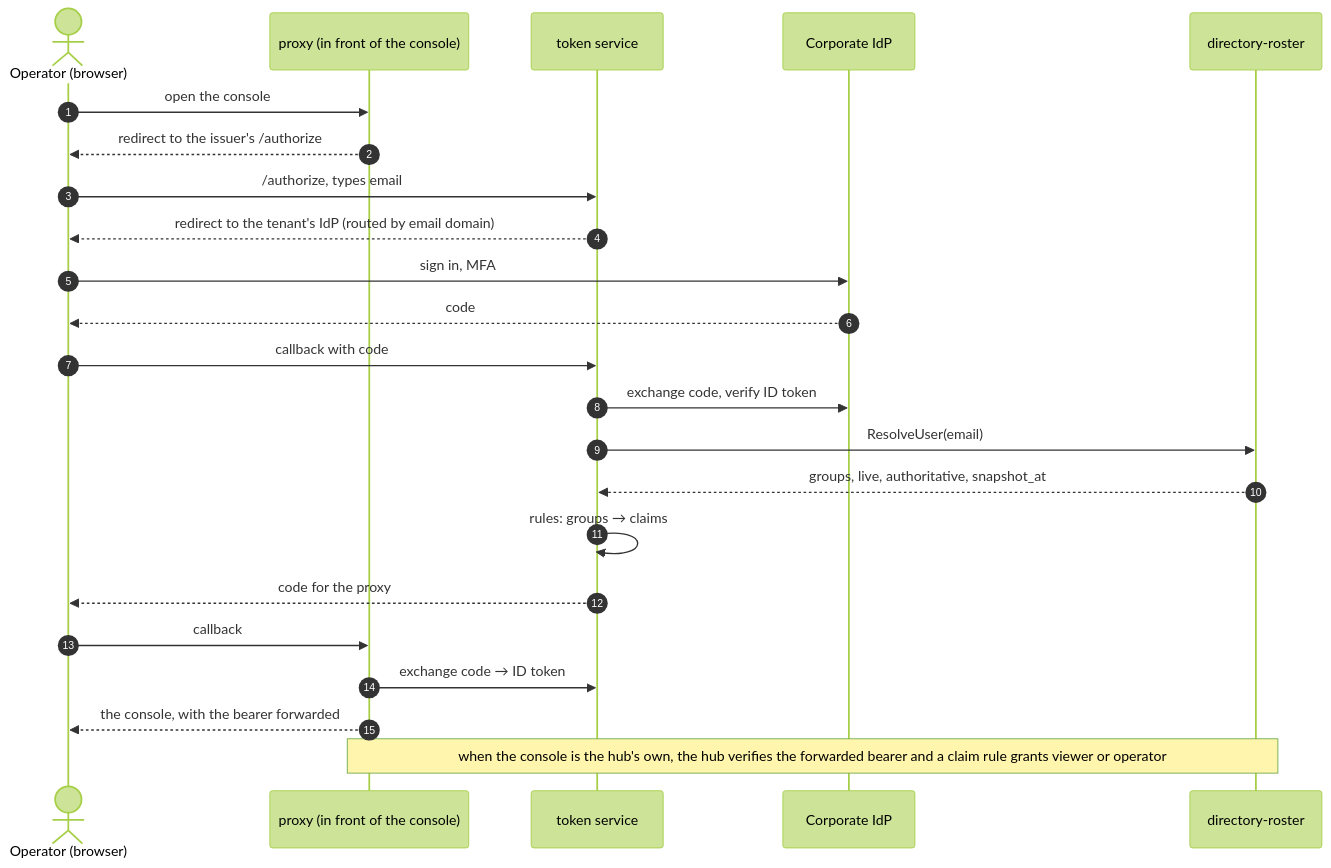
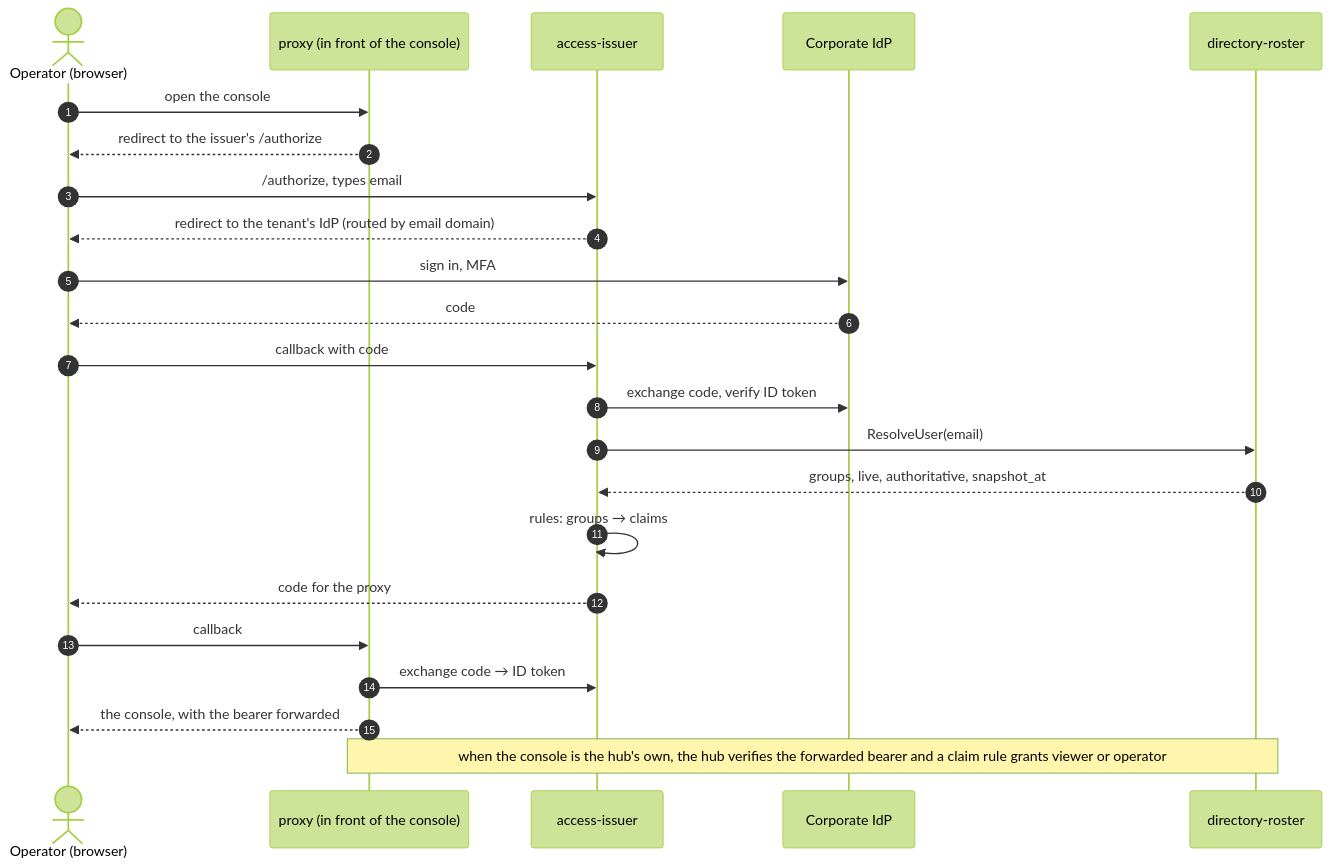
One commit to truvity/access-roster changed the fourth of 11 diagrams in docs/architecture.md. Above: the diagram before and after it, drawn with Mermaid (forest theme). The commit also changed other lines of this file and 30 other files, not shown here.

````diff
--- a/docs/architecture.md
+++ b/docs/architecture.md
@@ -212,25 +215,25 @@
 ```mermaid
 sequenceDiagram
   autonumber
   actor E as Operator (browser)
   participant P as proxy (in front of the console)
-  participant T as token service
+  participant T as access-issuer
   participant G as Corporate IdP
   participant H as directory-roster
   E->>P: open the console
   P-->>E: redirect to the issuer's /authorize
   E->>T: /authorize, types email
   T-->>E: redirect to the tenant's IdP (routed by email domain)
   E->>G: sign in, MFA
   G-->>E: code
   E->>T: callback with code
   T->>G: exchange code, verify ID token
   T->>H: ResolveUser(email)
   H-->>T: groups, live, authoritative, snapshot_at
   T->>T: rules: groups → claims
   T-->>E: code for the proxy
   E->>P: callback
   P->>T: exchange code → ID token
   P-->>E: the console, with the bearer forwarded
   Note over P,H: when the console is the hub's own, the hub verifies the forwarded bearer and a claim rule grants viewer or operator
 ```
````
